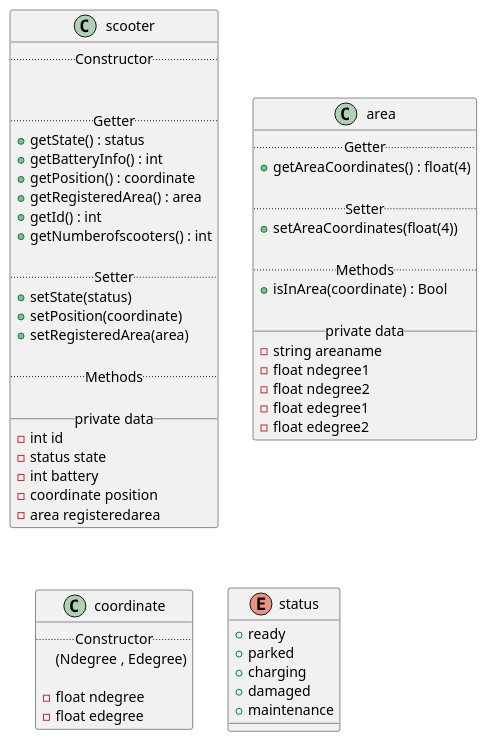
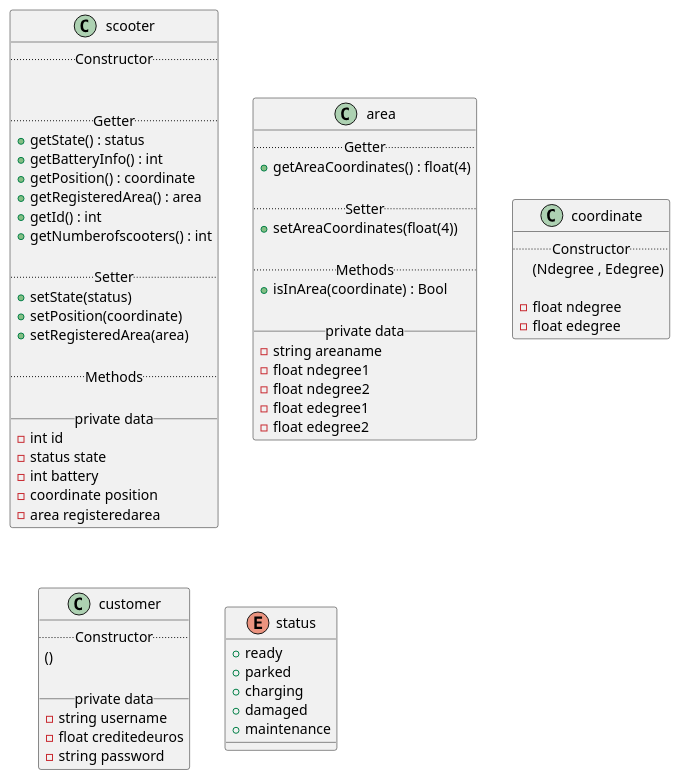
Before and after one commit to fh-erfurt/Scooter-MS: the diagram in umldiagram.iuml, drawn with PlantUML.

Commit message:
updated UML - added customer

```diff
--- a/umldiagram.iuml
+++ b/umldiagram.iuml
@@ -1,80 +1,91 @@
 @startuml
 
 
 
 
 
 skinparam componentStyle uml2
 
 
 
 class scooter {
   .. Constructor ..
 
 
   .. Getter ..
   + getState() : status
   + getBatteryInfo() : int
   + getPosition() : coordinate
   + getRegisteredArea() : area
   + getId() : int
   + getNumberofscooters() : int
 
   .. Setter ..
   + setState(status)
   + setPosition(coordinate)
   +setRegisteredArea(area)
 
   .. Methods ..
 
   __ private data __
   -int id
   -status state
   -int battery
   -coordinate position
   -area registeredarea
 }
 
 class area {
   .. Getter ..
   +getAreaCoordinates() : float(4)
 
   .. Setter ..
   +setAreaCoordinates(float(4))
 
   .. Methods ..
   +isInArea(coordinate) : Bool
 
   __ private data __
   -string areaname
   -float ndegree1
   -float ndegree2
   -float edegree1
   -float edegree2
 }
 
 
 
 class coordinate {
   .. Constructor ..
   (Ndegree , Edegree)
 
   -float ndegree
   -float edegree
 }
 
 
+class customer {
+  .. Constructor ..
+  ()
+
+  __ private data __
+  -string username
+  -float creditedeuros
+  -string password
+}
+
+
 
 enum status {
   + ready
   + parked
   + charging
   + damaged
   + maintenance
 }
 
 
 
 
 
 @enduml
```
